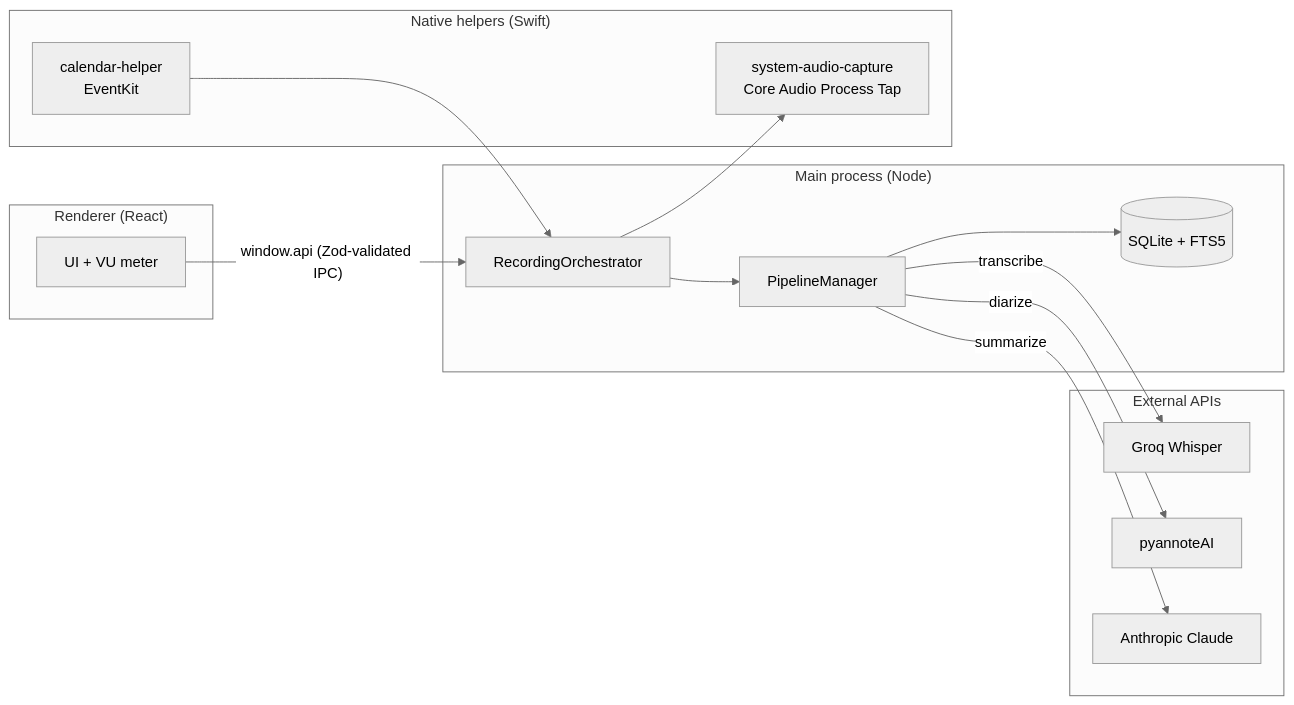
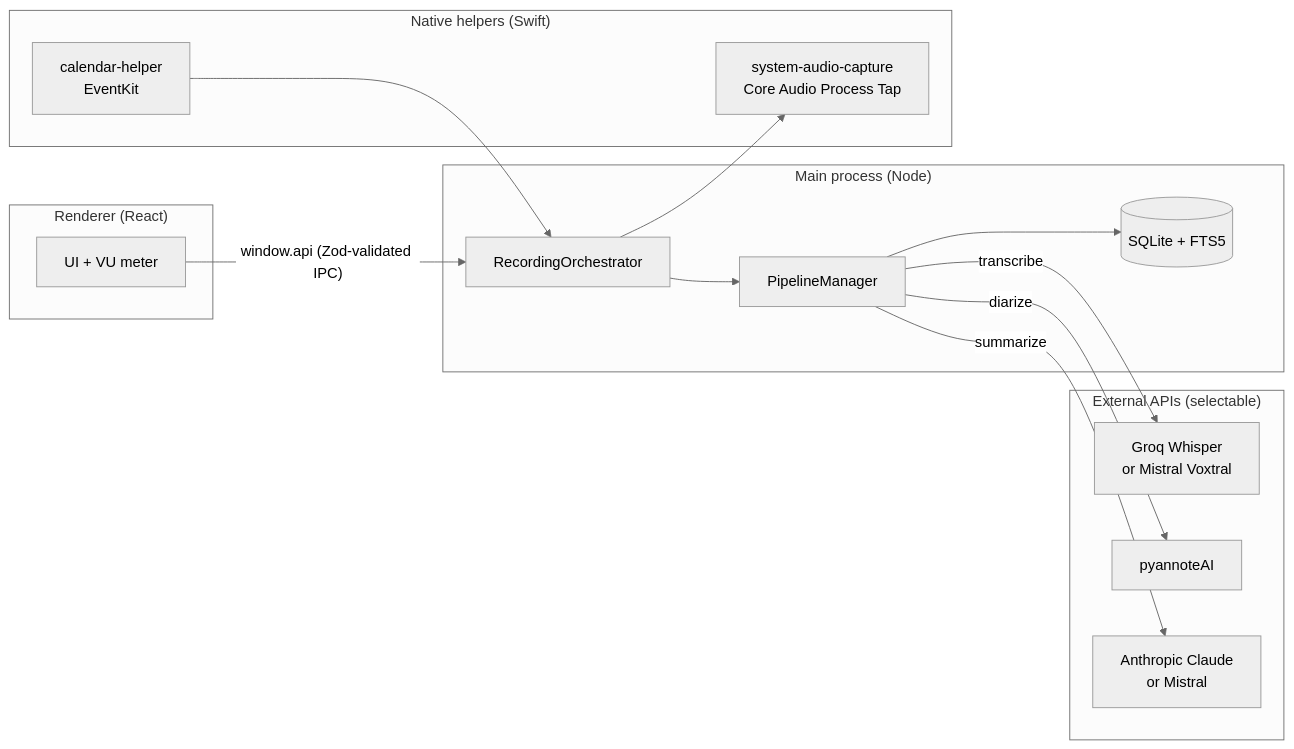
One commit to oscar-slg-8/muesli changed the diagram in README.md. Above: the diagram before and after it, drawn with Mermaid (neutral theme). The commit also changed other lines of this file and 10 other files, not shown here.

First line of the commit message:
Add selectable model providers (Mistral / Anthropic / Groq)

````diff
--- a/README.md
+++ b/README.md
@@ -36,29 +36,29 @@
 ```mermaid
 flowchart LR
     subgraph Renderer["Renderer (React)"]
         UI[UI + VU meter]
     end
     subgraph Main["Main process (Node)"]
         ORCH[RecordingOrchestrator]
         PIPE[PipelineManager]
         DB[(SQLite + FTS5)]
     end
     subgraph Native["Native helpers (Swift)"]
         TAP[system-audio-capture<br/>Core Audio Process Tap]
         CAL[calendar-helper<br/>EventKit]
     end
-    subgraph Cloud["External APIs"]
-        GROQ[Groq Whisper]
+    subgraph Cloud["External APIs (selectable)"]
+        STT[Groq Whisper<br/>or Mistral Voxtral]
         PYAN[pyannoteAI]
-        ANTH[Anthropic Claude]
+        SUM[Anthropic Claude<br/>or Mistral]
     end
 
     UI -- window.api (Zod-validated IPC) --> ORCH
     ORCH --> TAP
     ORCH --> PIPE
-    PIPE -- transcribe --> GROQ
+    PIPE -- transcribe --> STT
     PIPE -- diarize --> PYAN
-    PIPE -- summarize --> ANTH
+    PIPE -- summarize --> SUM
     PIPE --> DB
     CAL --> ORCH
 ```
````
